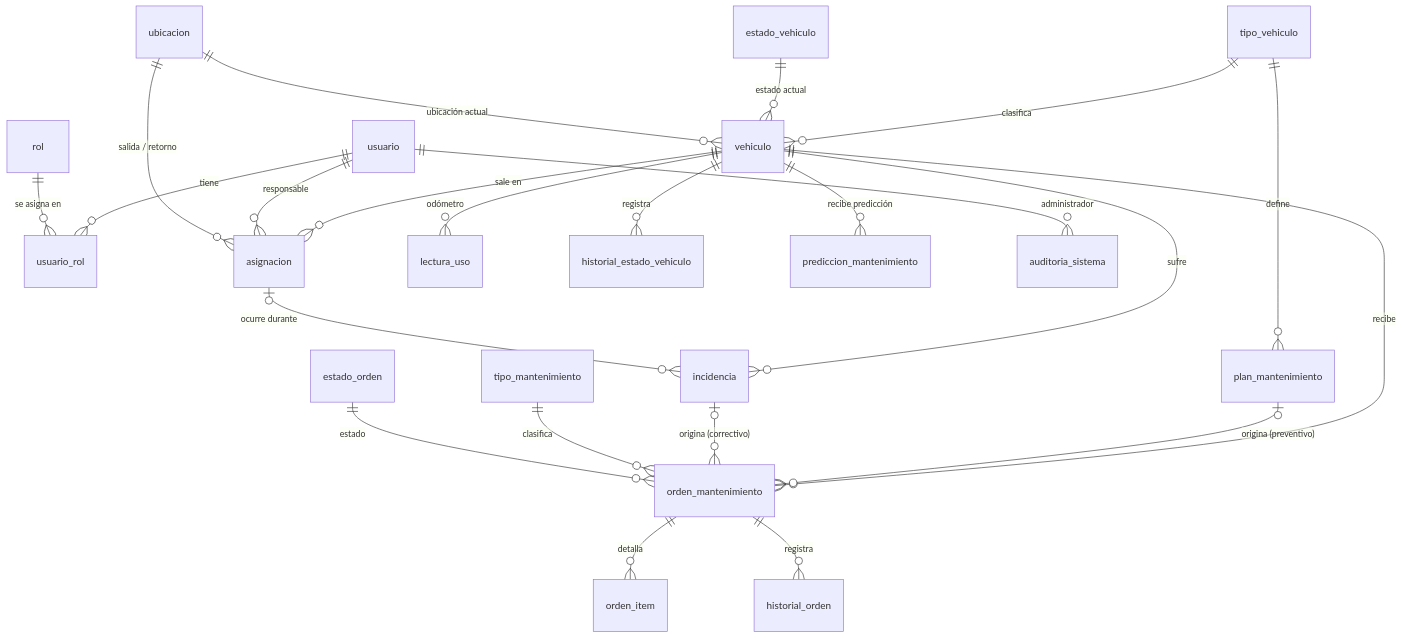
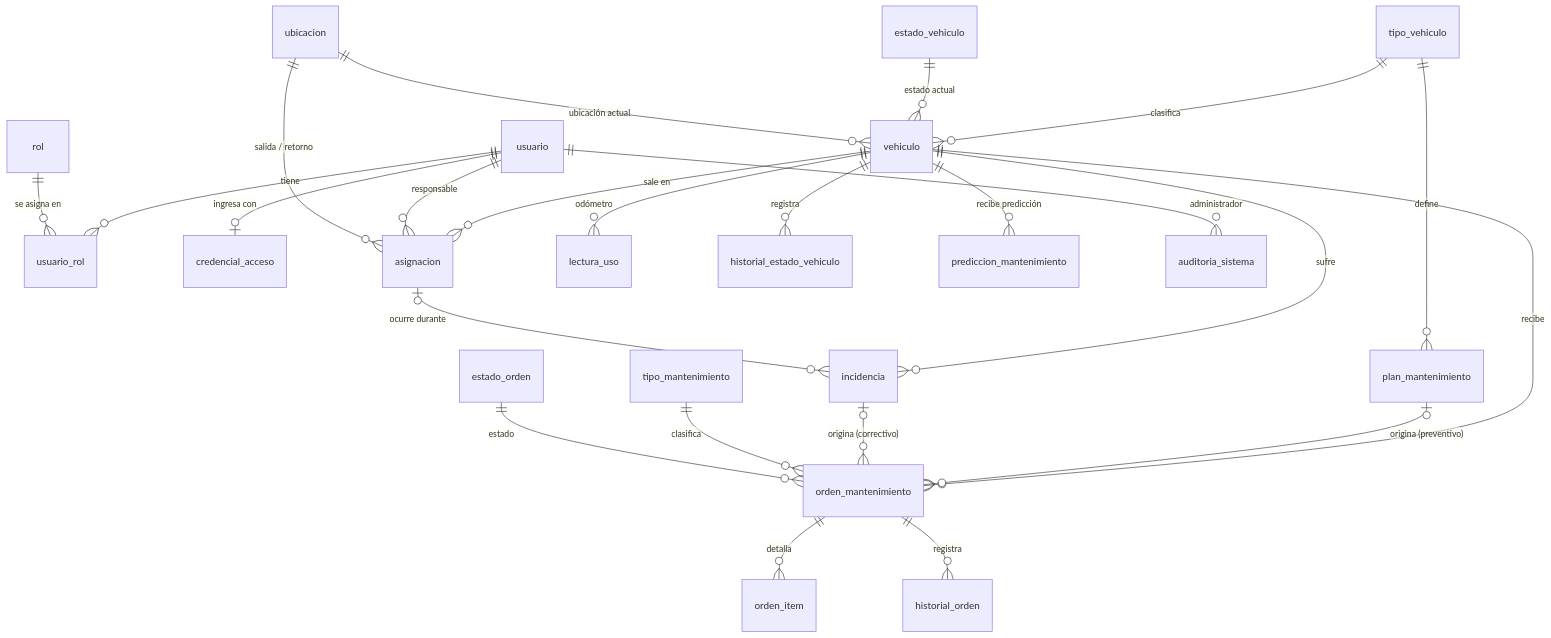
The diagram in docs/der.md (chavobutassi/flota-predictiva), drawn with Mermaid before and after one commit. The commit also changed other lines of this file and 25 other files, not shown here.

````diff
--- a/docs/der.md
+++ b/docs/der.md
@@ -7,31 +7,32 @@
 ```mermaid
 erDiagram
     usuario ||--o{ usuario_rol : tiene
+    usuario ||--o| credencial_acceso : "ingresa con"
     rol ||--o{ usuario_rol : "se asigna en"
 
     tipo_vehiculo ||--o{ vehiculo : clasifica
     estado_vehiculo ||--o{ vehiculo : "estado actual"
     ubicacion ||--o{ vehiculo : "ubicación actual"
 
     vehiculo ||--o{ asignacion : "sale en"
     usuario ||--o{ asignacion : "responsable"
     ubicacion ||--o{ asignacion : "salida / retorno"
 
     vehiculo ||--o{ lectura_uso : "odómetro"
 
     tipo_vehiculo ||--o{ plan_mantenimiento : define
     vehiculo ||--o{ orden_mantenimiento : recibe
     plan_mantenimiento |o--o{ orden_mantenimiento : "origina (preventivo)"
     incidencia |o--o{ orden_mantenimiento : "origina (correctivo)"
     tipo_mantenimiento ||--o{ orden_mantenimiento : clasifica
     estado_orden ||--o{ orden_mantenimiento : "estado"
     orden_mantenimiento ||--o{ orden_item : detalla
     orden_mantenimiento ||--o{ historial_orden : registra
 
     vehiculo ||--o{ incidencia : sufre
     asignacion |o--o{ incidencia : "ocurre durante"
 
     vehiculo ||--o{ historial_estado_vehiculo : registra
     vehiculo ||--o{ prediccion_mantenimiento : "recibe predicción"
     usuario ||--o{ auditoria_sistema : "administrador"
 ```
````
